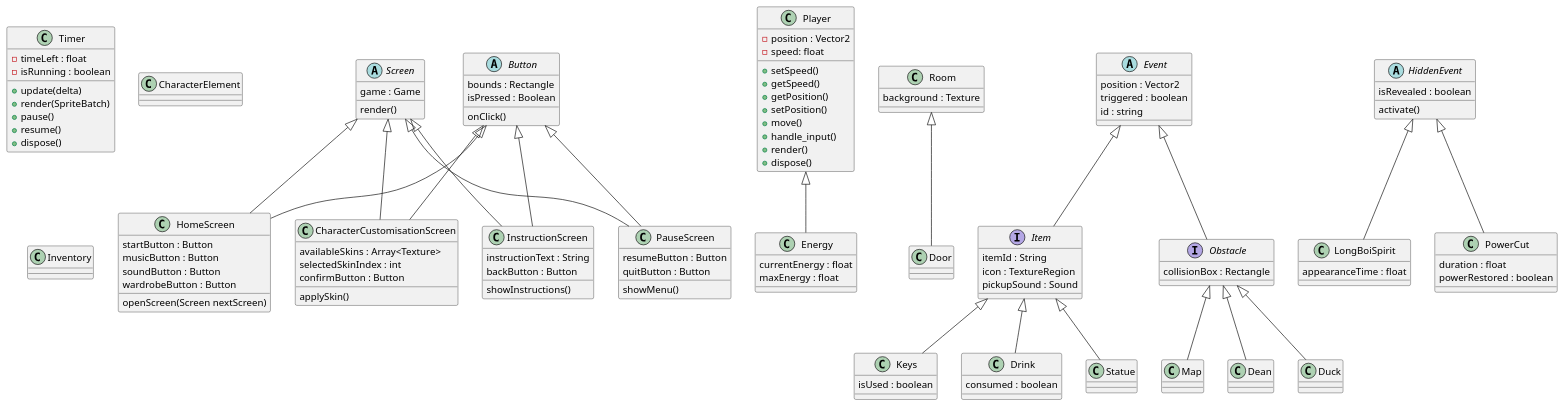
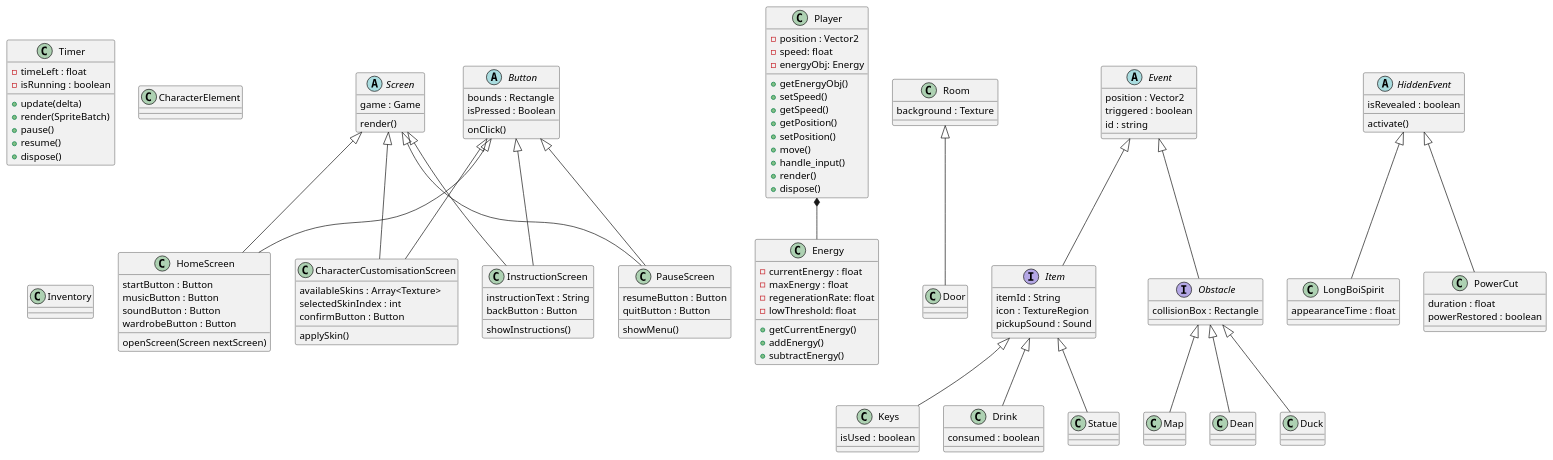
One commit to WHALES-ENG1/WHALES-Assets changed the diagram in Architecture/classDiagram.puml. Above: the diagram before and after it, drawn with PlantUML.

Commit message:
Updated Energy Class
Player uses Energy Class, but Energy does not inherit from player

```diff
--- a/Architecture/classDiagram.puml
+++ b/Architecture/classDiagram.puml
@@ -1,155 +1,161 @@
 @startuml classDiagram
 
 'Misc
 
 'Is this a screen?
 class Timer {
     -timeLeft : float
     -isRunning : boolean
     +update(delta)
     +render(SpriteBatch)
     +pause()
     +resume()
     +dispose()
 }
 
 'What is this
 class CharacterElement
 
 'Where does this go?
 class Inventory
 
 'Screen
 abstract class Screen {
     game : Game
     render()
 }
 
 class InstructionScreen {
     instructionText : String
     backButton : Button
     showInstructions()
 }
 
 class PauseScreen {
     resumeButton : Button
     quitButton : Button
     showMenu()
 }
 
 class HomeScreen {
     startButton : Button
     musicButton : Button
     soundButton : Button
     wardrobeButton : Button
     openScreen(Screen nextScreen)
 }
 
 class CharacterCustomisationScreen {
    availableSkins : Array<Texture>
    selectedSkinIndex : int
    confirmButton : Button
    applySkin()
 }
 
 Screen <|-- InstructionScreen
 Button <|-- InstructionScreen
 
 Button <|-- PauseScreen
 Screen <|-- PauseScreen
 
 Button <|-- HomeScreen
 Screen <|-- HomeScreen
 
 Button <|-- CharacterCustomisationScreen
 Screen <|-- CharacterCustomisationScreen
 
 'Button
 abstract class Button {
     bounds : Rectangle
     isPressed : Boolean
     onClick()
 }
 
-'Player
 class Player {
     -position : Vector2
     -speed: float
+    -energyObj: Energy
+    +getEnergyObj()
     +setSpeed()
     +getSpeed()
     +getPosition()
     +setPosition()
     +move()
     +handle_input()
     +render()
     +dispose()
 }
 
 class Energy {
-    currentEnergy : float
-    maxEnergy : float
+    -currentEnergy : float
+    -maxEnergy : float
+    -regenerationRate: float
+    -lowThreshold: float
+    +getCurrentEnergy()
+    +addEnergy()
+    +subtractEnergy()
 }
 
-Player <|-- Energy
+Player *-- Energy
 
 
 'Room
 class Room {
     background : Texture
 }
 
 Room <|-- Door
 
 'Event
 abstract class Event {
     position : Vector2
     triggered : boolean
     id : string
 }
 
 interface Item {
     itemId : String
     icon : TextureRegion
     pickupSound : Sound
 }
 
 interface Obstacle {
     collisionBox : Rectangle
 }
 
 class Keys {
     isUsed : boolean
 }
 
 class Drink {
     consumed : boolean
 }
 
 Event <|-- Item
 Event <|-- Obstacle
 Obstacle <|-- Map
 Obstacle <|-- Dean
 Obstacle <|-- Duck
 Item <|-- Keys
 Item <|-- Drink
 Item <|-- Statue
 
 'Hidden Event
 abstract class HiddenEvent {
     isRevealed : boolean
     activate()
 }
 
 class LongBoiSpirit {
     appearanceTime : float
 }
 
 class PowerCut {
     duration : float
     powerRestored : boolean
 }
 
 HiddenEvent <|-- LongBoiSpirit
 HiddenEvent <|-- PowerCut
 
 @enduml
```
